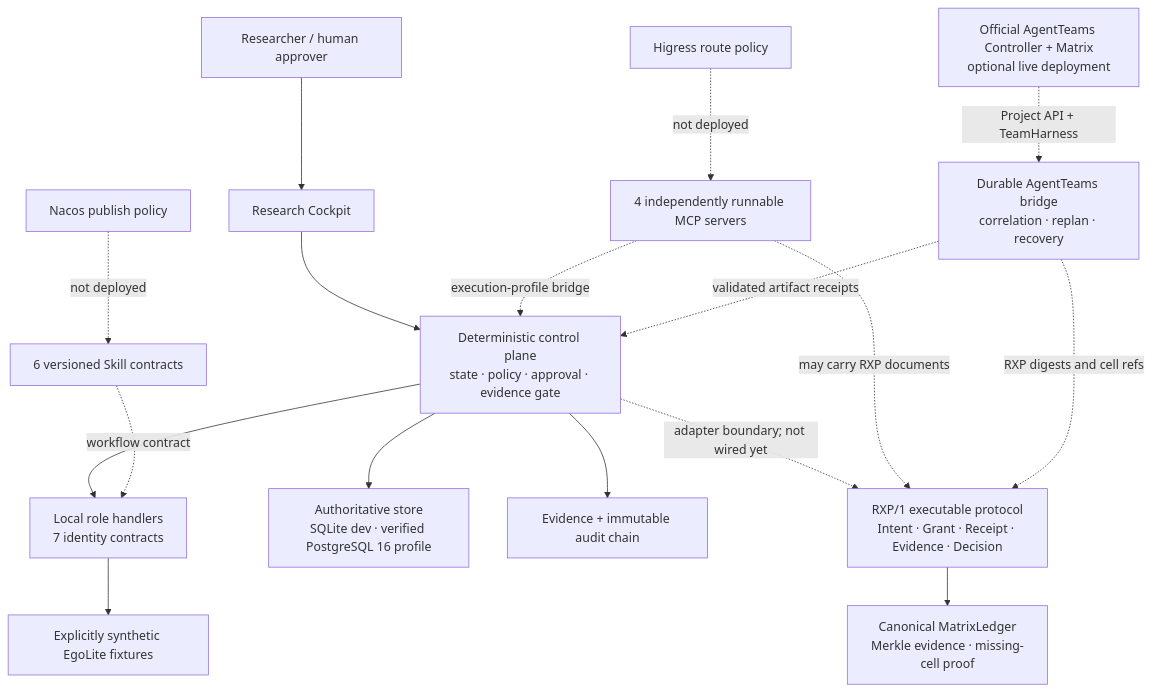
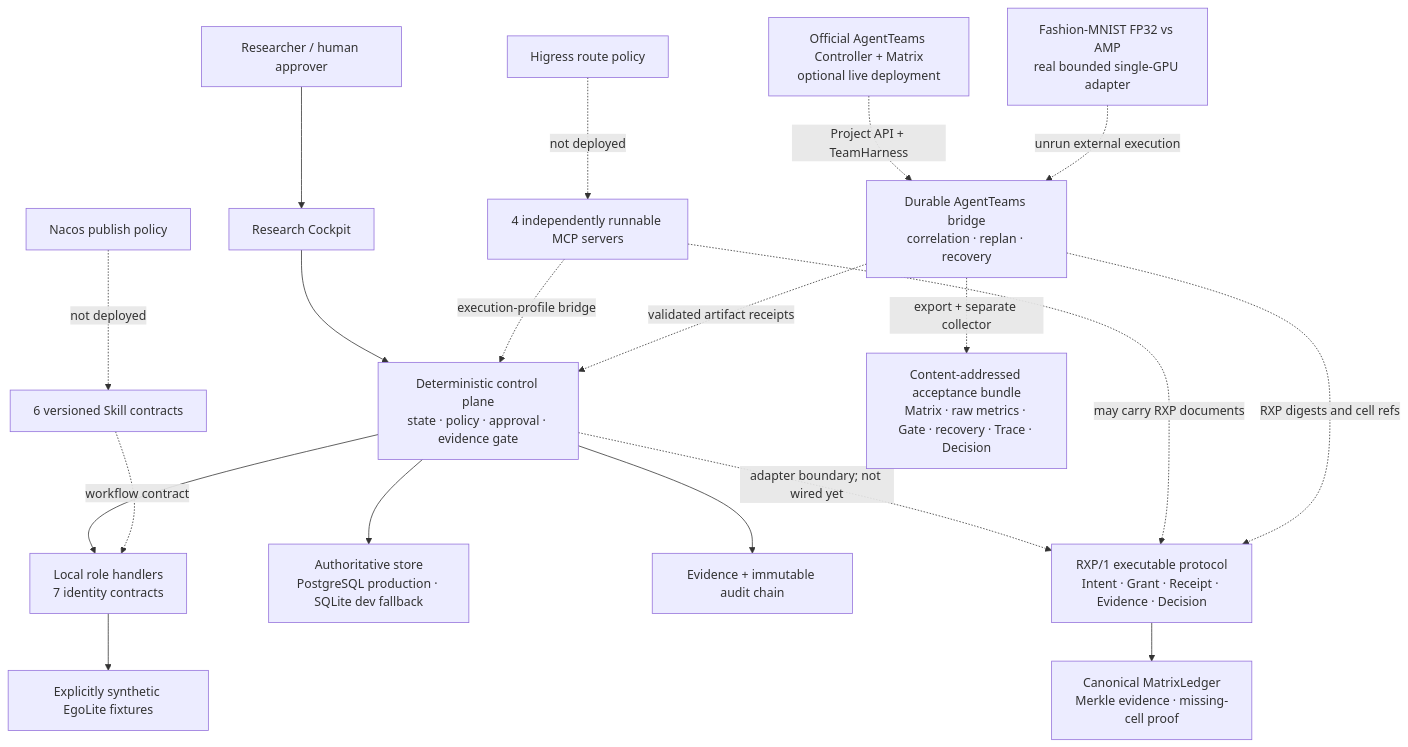
The diagram in docs/architecture.md (Sorasky681/ego_agent_infra_secure_memory), drawn with Mermaid before and after one commit. The commit also changed other lines of this file and 24 other files, not shown here.

````diff
--- a/docs/architecture.md
+++ b/docs/architecture.md
@@ -7,20 +7,22 @@
 ```mermaid
 flowchart TB
   H["Researcher / human approver"] --> UI["Research Cockpit"]
   UI --> API["Deterministic control plane\nstate · policy · approval · evidence gate"]
   API --> R["Local role handlers\n7 identity contracts"]
   R --> FX["Explicitly synthetic EgoLite fixtures"]
-  API --> DB["Authoritative store\nSQLite dev · verified PostgreSQL 16 profile"]
+  API --> DB["Authoritative store\nPostgreSQL production · SQLite dev fallback"]
   API --> AU["Evidence + immutable audit chain"]
   RXP["RXP/1 executable protocol\nIntent · Grant · Receipt · Evidence · Decision"]
   RXP --> RL["Canonical MatrixLedger\nMerkle evidence · missing-cell proof"]
   API -. "adapter boundary; not wired yet" .-> RXP
   SK["6 versioned Skill contracts"] -. "workflow contract" .-> R
   MCP["4 independently runnable MCP servers"] -. "execution-profile bridge" .-> API
   MCP -. "may carry RXP documents" .-> RXP
   AT["Official AgentTeams Controller + Matrix\noptional live deployment"] -. "Project API + TeamHarness" .-> AB["Durable AgentTeams bridge\ncorrelation · replan · recovery"]
   AB -. "validated artifact receipts" .-> API
   AB -. "RXP digests and cell refs" .-> RXP
+  GPU["Fashion-MNIST FP32 vs AMP\nreal bounded single-GPU adapter"] -. "unrun external execution" .-> AB
+  AB -. "export + separate collector" .-> PACK["Content-addressed acceptance bundle\nMatrix · raw metrics · Gate · recovery · Trace · Decision"]
   HG["Higress route policy"] -. "not deployed" .-> MCP
   NC["Nacos publish policy"] -. "not deployed" .-> SK
 ```
````
